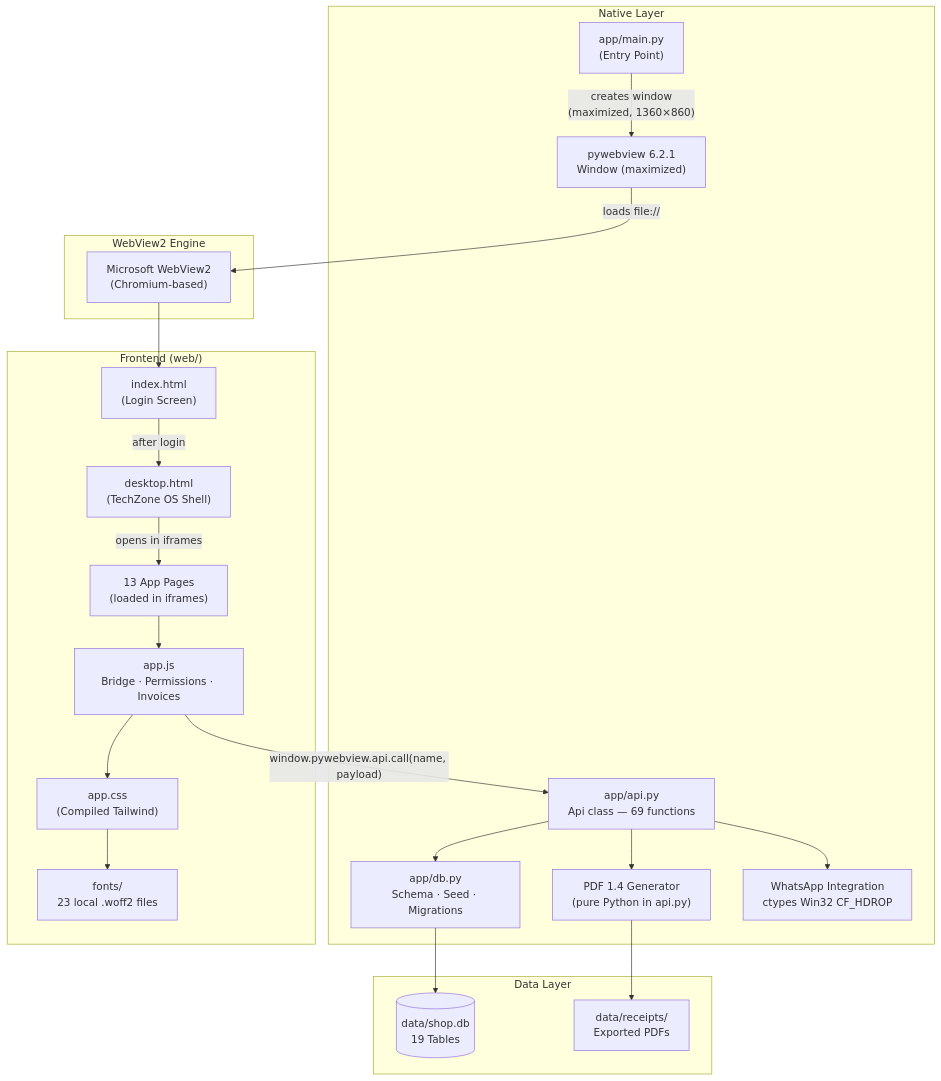
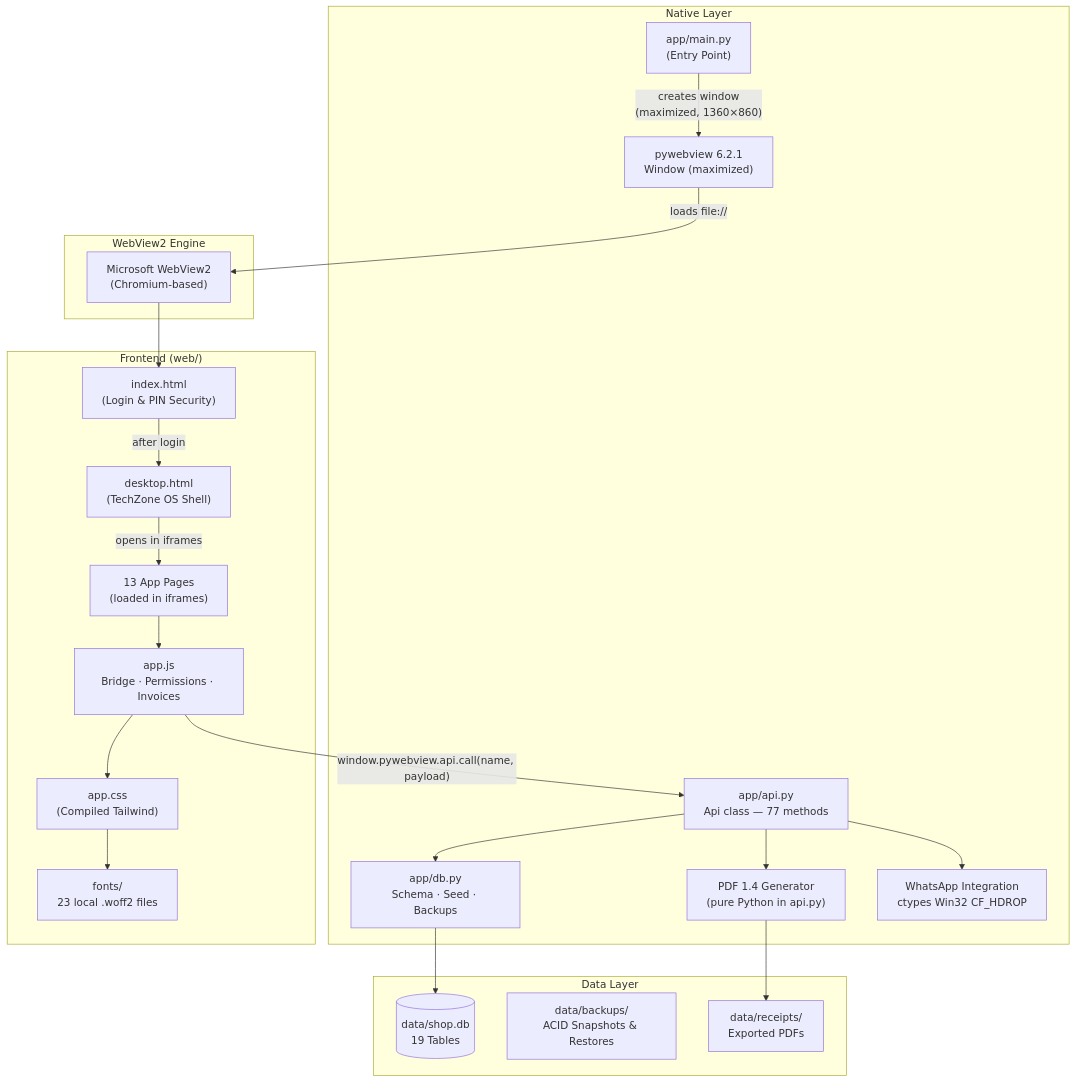
Before and after one commit to hany-hassan/TechZone-POS: the first of 2 diagrams in docs/ARCHITECTURE.md, drawn with Mermaid. The commit also changed other lines of this file and 10 other files, not shown here.

````diff
--- a/docs/ARCHITECTURE.md
+++ b/docs/ARCHITECTURE.md
@@ -13,44 +13,45 @@
 ```mermaid
 flowchart TD
     subgraph Native["Native Layer"]
         MAIN["app/main.py\n(Entry Point)"]
         PV["pywebview 6.2.1\nWindow (maximized)"]
-        API["app/api.py\nApi class — 69 functions"]
-        DB_MOD["app/db.py\nSchema · Seed · Migrations"]
+        API["app/api.py\nApi class — 77 methods"]
+        DB_MOD["app/db.py\nSchema · Seed · Backups"]
         PDF["PDF 1.4 Generator\n(pure Python in api.py)"]
         WA["WhatsApp Integration\nctypes Win32 CF_HDROP"]
     end
 
     subgraph Engine["WebView2 Engine"]
         WV2["Microsoft WebView2\n(Chromium-based)"]
     end
 
     subgraph Frontend["Frontend (web/)"]
-        INDEX["index.html\n(Login Screen)"]
+        INDEX["index.html\n(Login & PIN Security)"]
         DESKTOP["desktop.html\n(TechZone OS Shell)"]
         PAGES["13 App Pages\n(loaded in iframes)"]
         APPJS["app.js\nBridge · Permissions · Invoices"]
         APPCSS["app.css\n(Compiled Tailwind)"]
         FONTS["fonts/\n23 local .woff2 files"]
     end
 
     subgraph Data["Data Layer"]
         SQLITE[("data/shop.db\n19 Tables")]
+        BACKUPS["data/backups/\nACID Snapshots & Restores"]
         RECEIPTS["data/receipts/\nExported PDFs"]
     end
 
     MAIN -->|"creates window\n(maximized, 1360×860)"| PV
     PV -->|"loads file://"| WV2
     WV2 --> INDEX
     INDEX -->|"after login"| DESKTOP
     DESKTOP -->|"opens in iframes"| PAGES
     PAGES --> APPJS
     APPJS -->|"window.pywebview.api.call(name, payload)"| API
     API --> DB_MOD
     DB_MOD --> SQLITE
     API --> PDF
     PDF --> RECEIPTS
     API --> WA
     APPJS --> APPCSS
     APPCSS --> FONTS
 ```
````
